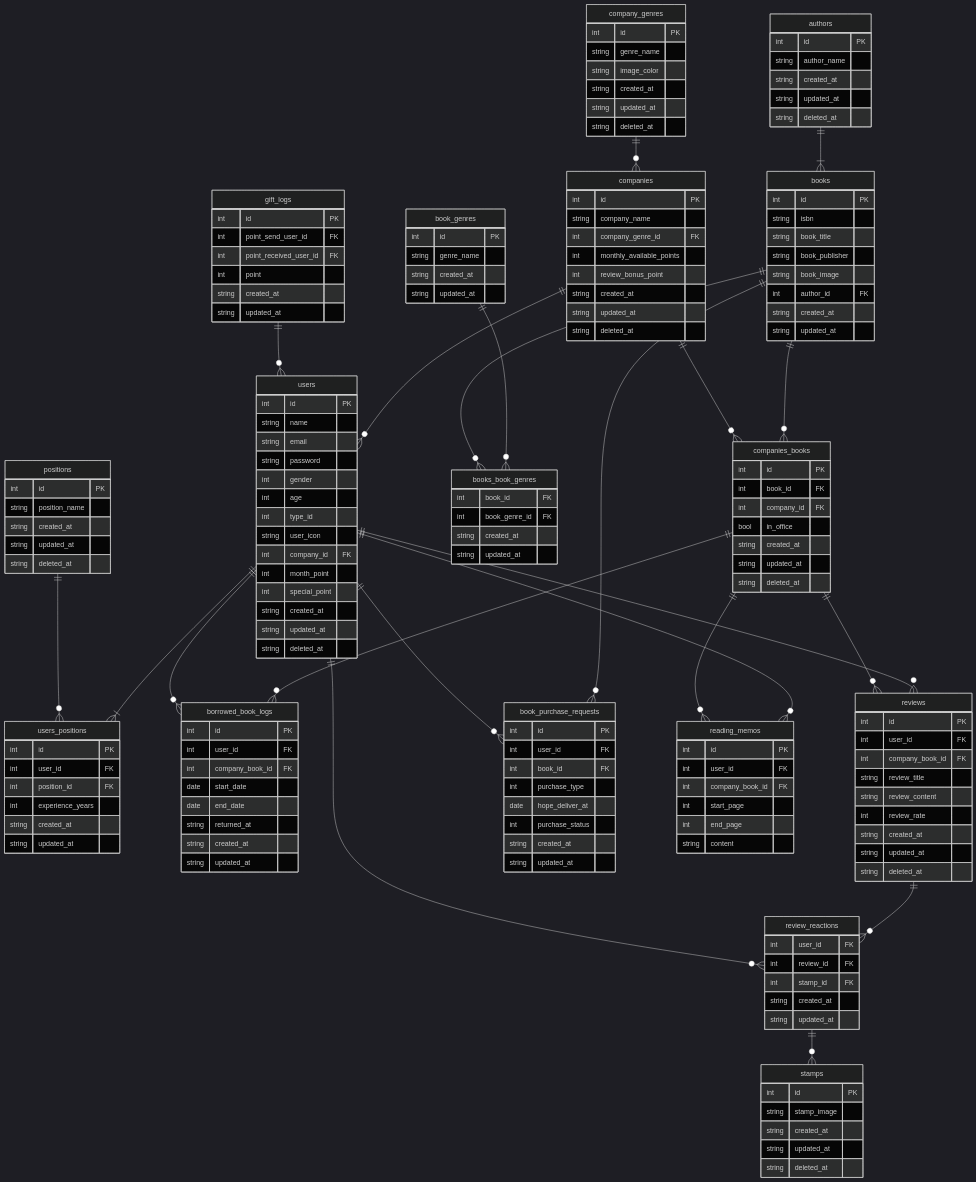
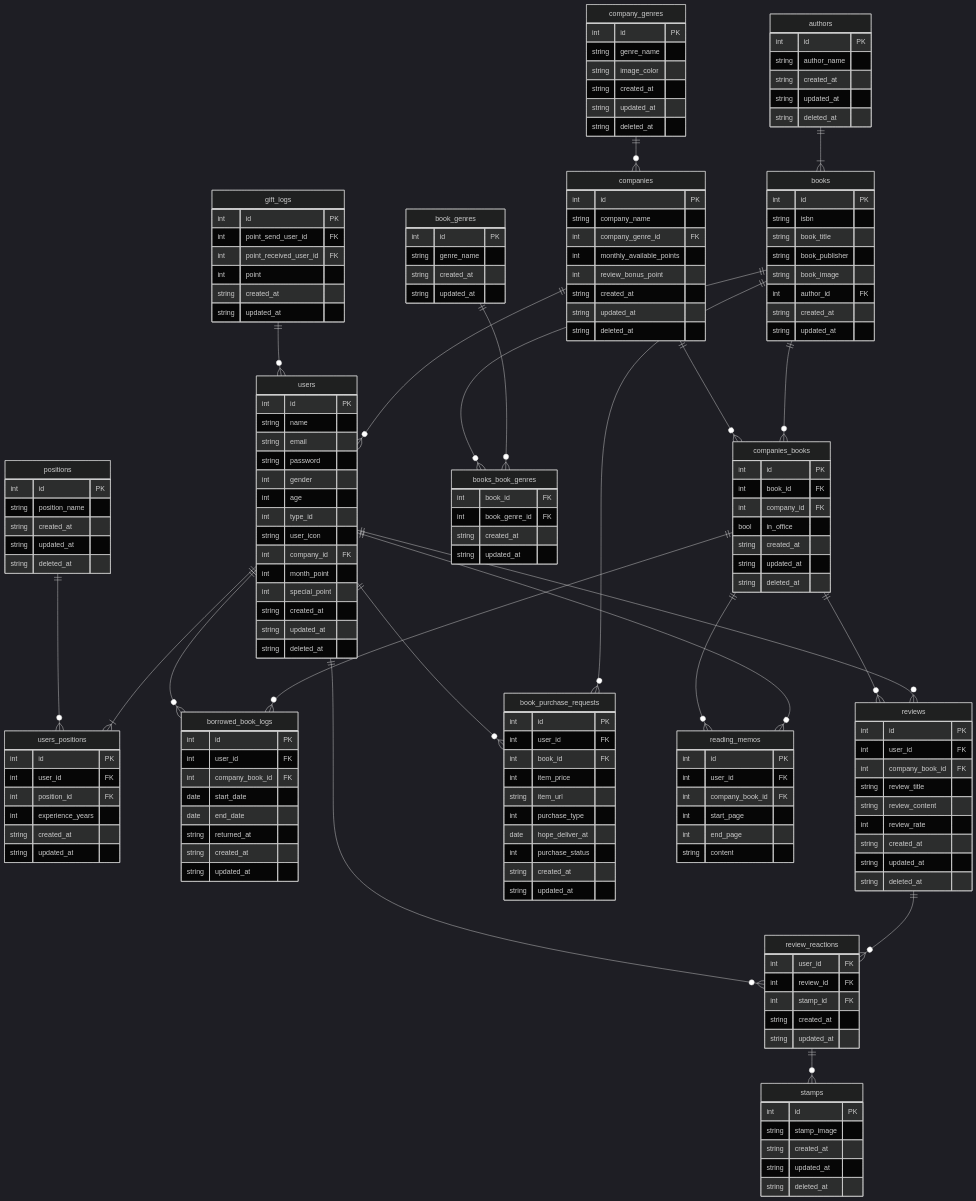
Before and after one commit to HashimotoShuhei-z/LibCone-backend: the diagram in README.md, drawn with Mermaid (dark theme).

Commit message:
Update README.md: 購入リクエストテーブルに書籍価格と書籍urlを追加

```diff
--- a/README.md
+++ b/README.md
@@ -236,6 +236,8 @@
 	int id PK
 	int user_id FK
 	int book_id FK
+        int item_price
+	string item_url 
 	int purchase_type
 	date hope_deliver_at
 	int purchase_status
```
